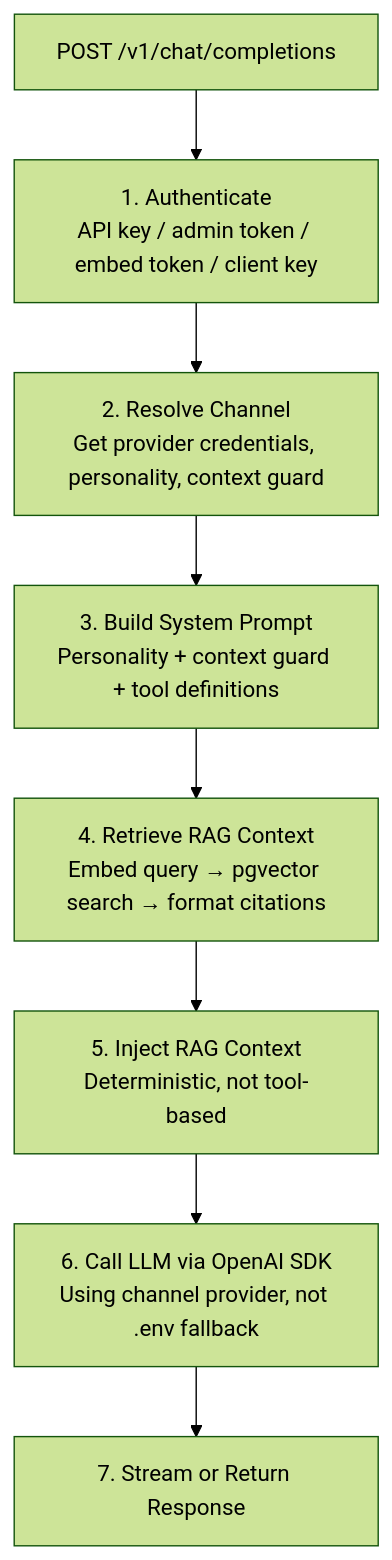
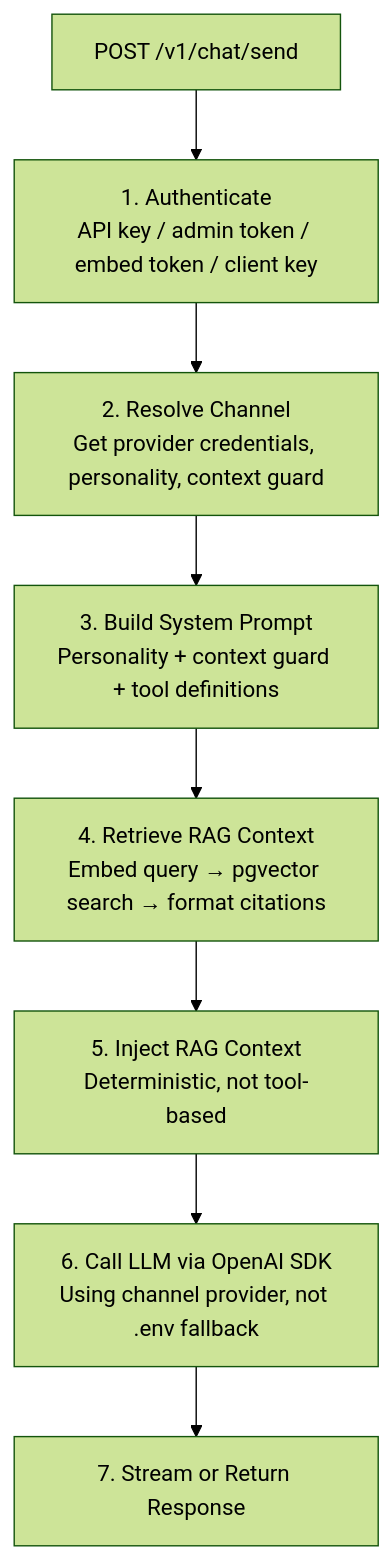
One commit to utsmannn/kirana changed the third of 4 diagrams in README.md. Above: the diagram before and after it, drawn with Mermaid (forest theme). The commit also changed other lines of this file and 8 other files, not shown here.

First line of the commit message:
feat: rename chat endpoint to /send, add provider error handling, update docs

````diff
--- a/README.md
+++ b/README.md
@@ -226,10 +237,10 @@
 ```mermaid
 flowchart TD
-    A[POST /v1/chat/completions] --> B[1. Authenticate<br/>API key / admin token / embed token / client key]
+    A[POST /v1/chat/send] --> B[1. Authenticate<br/>API key / admin token / embed token / client key]
     B --> C[2. Resolve Channel<br/>Get provider credentials, personality, context guard]
     C --> D[3. Build System Prompt<br/>Personality + context guard + tool definitions]
     D --> E[4. Retrieve RAG Context<br/>Embed query → pgvector search → format citations]
     E --> F[5. Inject RAG Context<br/>Deterministic, not tool-based]
     F --> G[6. Call LLM via OpenAI SDK<br/>Using channel provider, not .env fallback]
     G --> H[7. Stream or Return Response]
 ```
````
